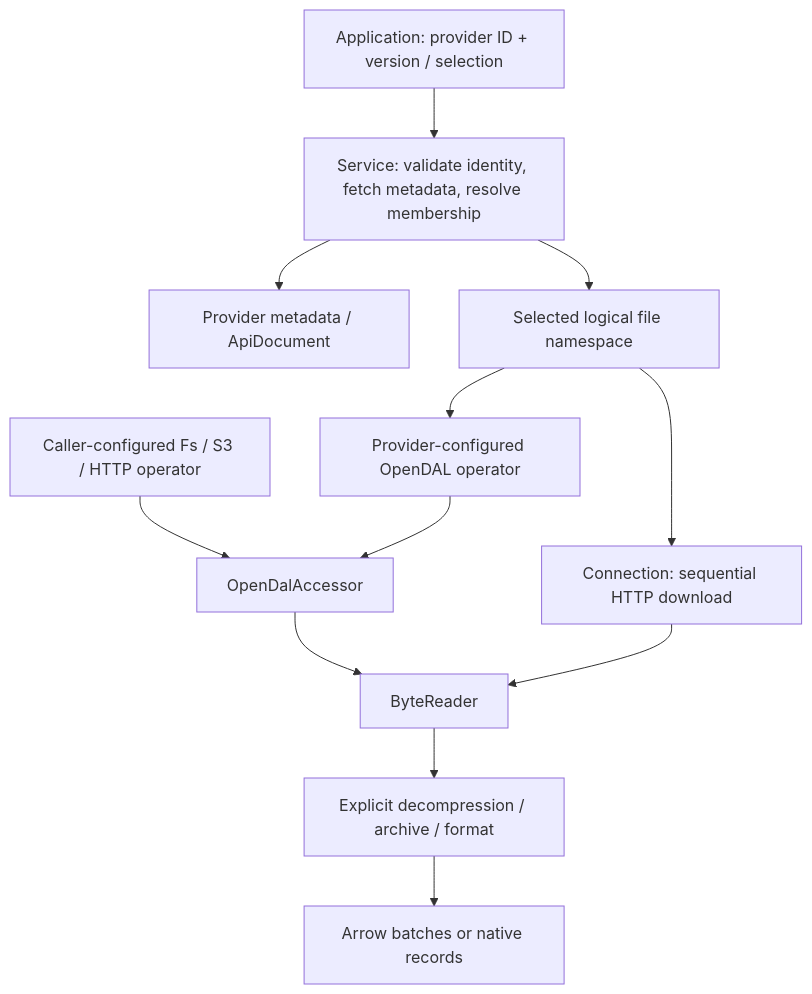
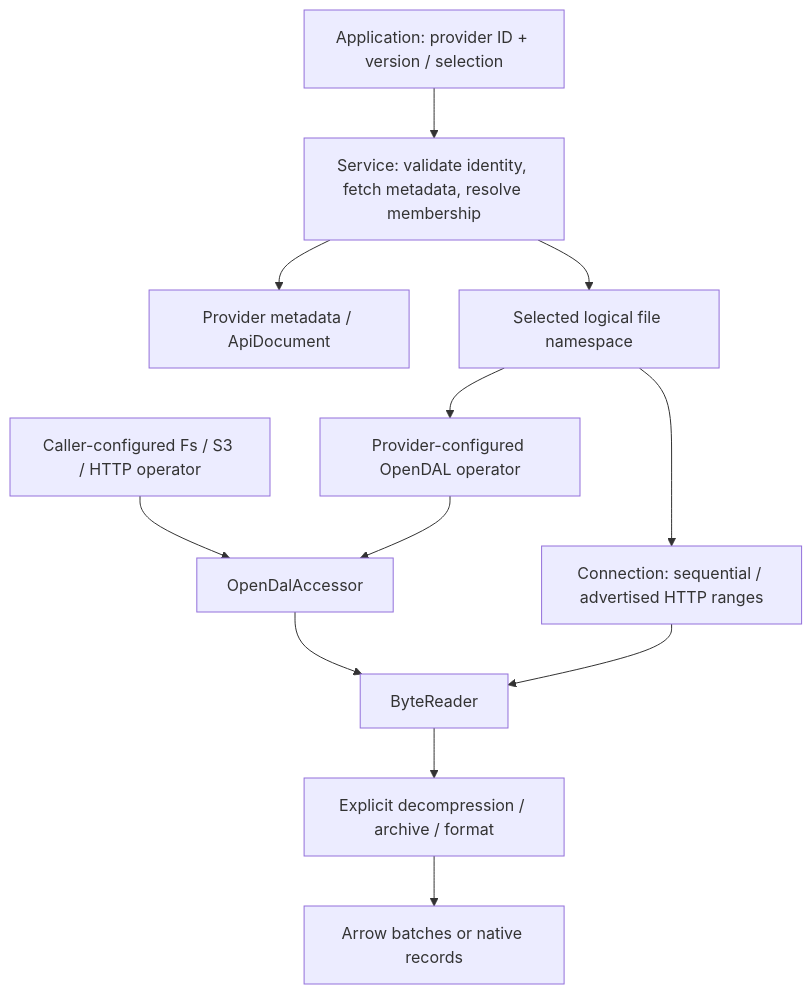
The first of 2 diagrams in service/README.md (dentiny/open-arrow-access), drawn with Mermaid before and after one commit. The commit also changed 7 other files, not shown here.

````diff
--- a/service/README.md
+++ b/service/README.md
@@ -87,14 +87,14 @@
 ```mermaid
 flowchart TD
     App["Application: provider ID + version / selection"] --> Service["Service: validate identity, fetch metadata, resolve membership"]
     Service --> Metadata["Provider metadata / ApiDocument"]
     Service --> Files["Selected logical file namespace"]
     Files --> Managed["Provider-configured OpenDAL operator"]
-    Files --> HTTP["Connection: sequential HTTP download"]
+    Files --> HTTP["Connection: sequential / advertised HTTP ranges"]
     Caller["Caller-configured Fs / S3 / HTTP operator"] --> Storage["OpenDalAccessor"]
     Managed --> Storage
     Storage --> Bytes["ByteReader"]
     HTTP --> Bytes
     Bytes --> Decode["Explicit decompression / archive / format"]
     Decode --> Arrow["Arrow batches or native records"]
 ```
````
